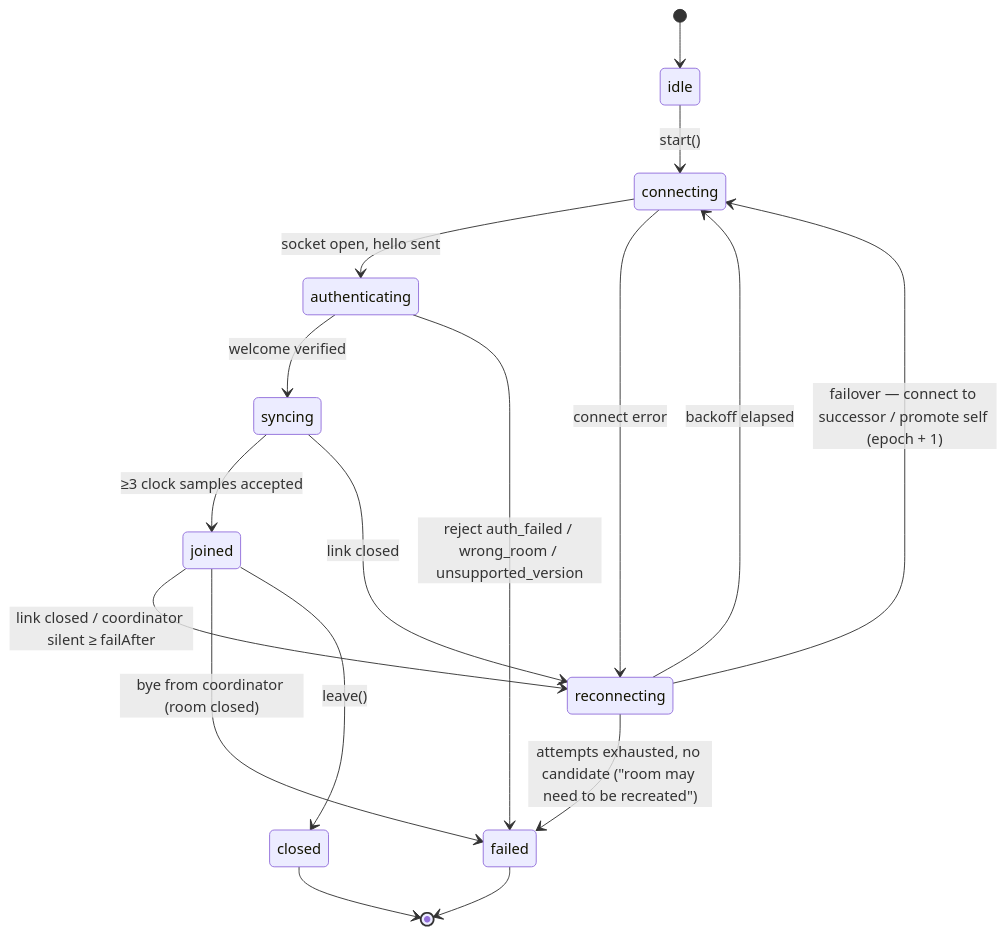
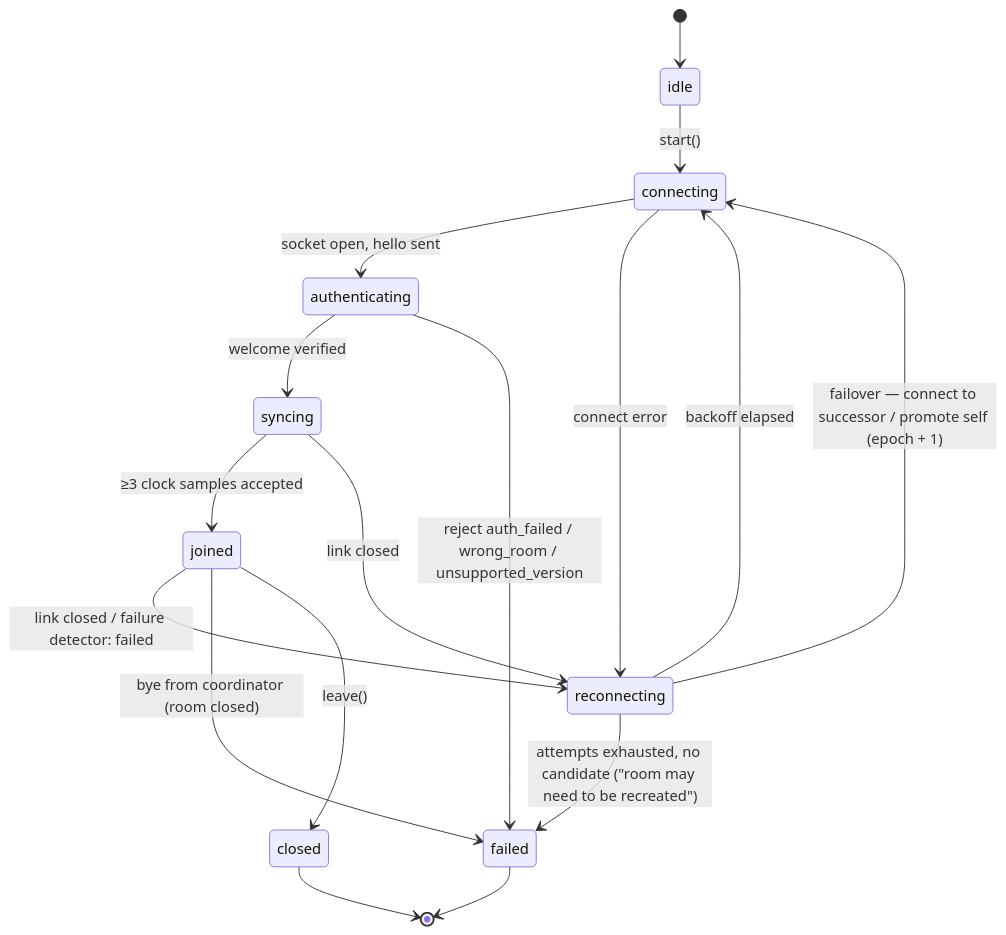
The first of 10 diagrams in docs/state-machines.md (sudu787/Distributed-), drawn with Mermaid before and after one commit. The commit also changed 59 other files, not shown here.

````diff
--- a/docs/state-machines.md
+++ b/docs/state-machines.md
@@ -5,19 +5,19 @@
 ```mermaid
 stateDiagram-v2
   [*] --> idle
   idle --> connecting: start()
   connecting --> authenticating: socket open, hello sent
   authenticating --> syncing: welcome verified
   authenticating --> failed: reject auth_failed / wrong_room / unsupported_version
   syncing --> joined: ≥3 clock samples accepted
-  joined --> reconnecting: link closed / coordinator silent ≥ failAfter
+  joined --> reconnecting: link closed / failure detector: failed
   syncing --> reconnecting: link closed
   connecting --> reconnecting: connect error
   reconnecting --> connecting: backoff elapsed
   reconnecting --> connecting: failover — connect to successor / promote self (epoch + 1)
   reconnecting --> failed: attempts exhausted, no candidate ("room may need to be recreated")
   joined --> failed: bye from coordinator (room closed)
   joined --> closed: leave()
   failed --> [*]
   closed --> [*]
 ```
````
